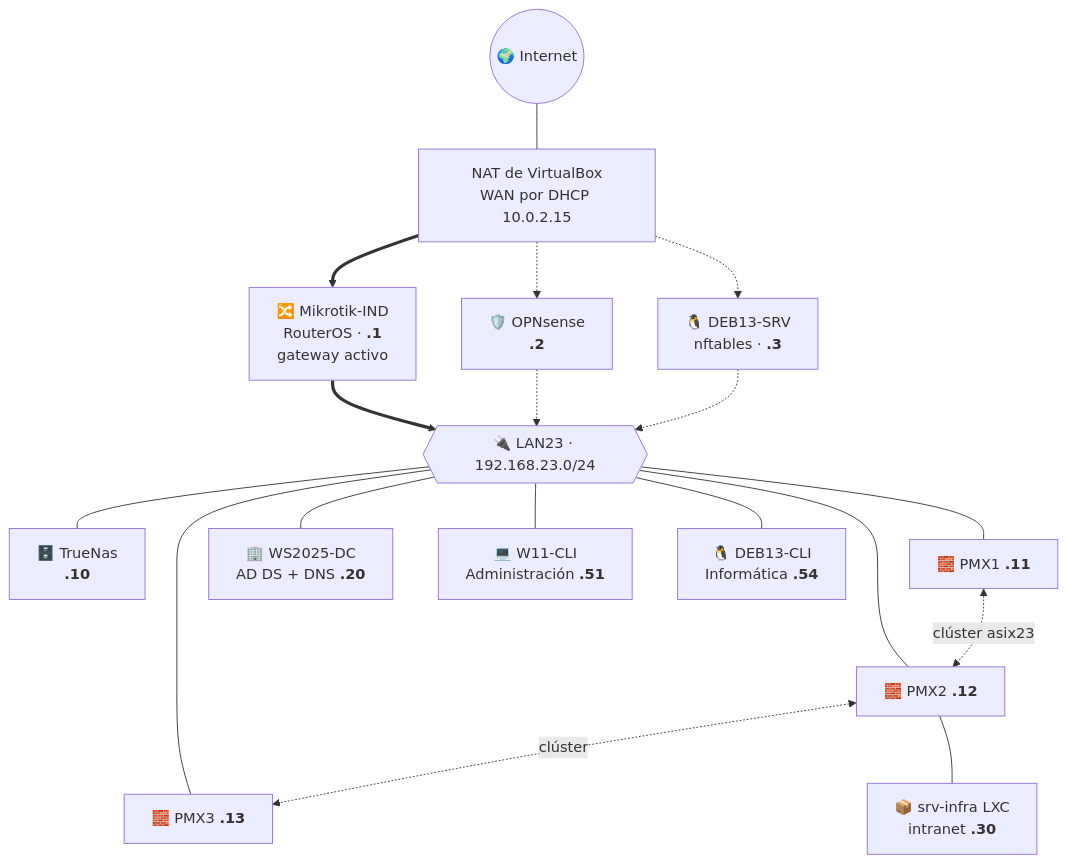
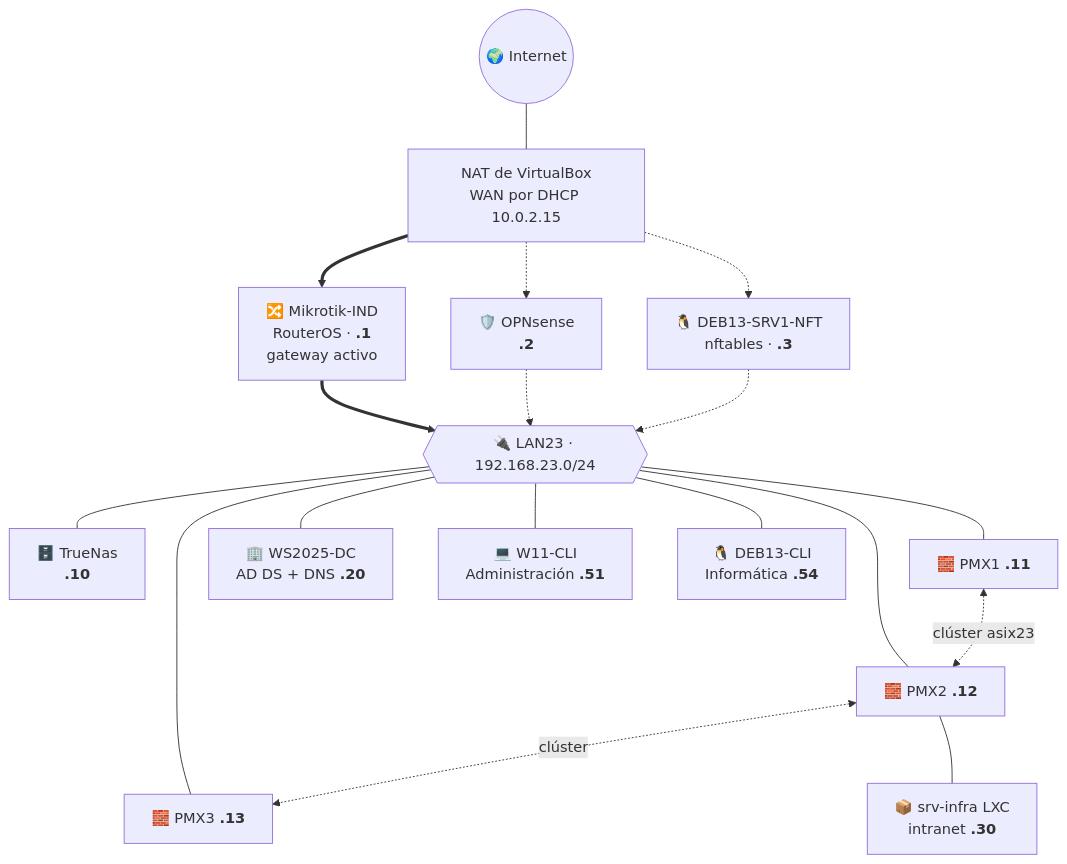
One commit to ethan3232/iso-naix-un-sistema-individual changed the diagram in README.md. Above: the diagram before and after it, drawn with Mermaid. The commit also changed other lines of this file and 10 other files, not shown here.

Commit message:
Plan de contingencia con tiempos reales; DEB13-SRV pasa a DEB13-SRV1-NFT y nuevas DEB13-SRV2/SRV3 en el direccionamiento

````diff
--- a/README.md
+++ b/README.md
@@ -41,20 +41,20 @@
 ```mermaid
 flowchart TB
     INET((🌍 Internet)) --- NAT[NAT de VirtualBox<br/>WAN por DHCP 10.0.2.15]
     NAT ==> MK[🔀 Mikrotik-IND<br/>RouterOS · <b>.1</b><br/>gateway activo]
     NAT -.-> OPN[🛡️ OPNsense<br/><b>.2</b>]
-    NAT -.-> DEB[🐧 DEB13-SRV<br/>nftables · <b>.3</b>]
+    NAT -.-> DEB[🐧 DEB13-SRV1-NFT<br/>nftables · <b>.3</b>]
     MK ==> SW{{"🔌 LAN23 · 192.168.23.0/24"}}
     OPN -.-> SW
     DEB -.-> SW
     SW --- NAS[🗄️ TrueNas<br/><b>.10</b>]
     SW --- PVE1[🧱 PMX1 <b>.11</b>]
     SW --- PVE2[🧱 PMX2 <b>.12</b>]
     SW --- PVE3[🧱 PMX3 <b>.13</b>]
     PVE1 <-. clúster asix23 .-> PVE2
     PVE2 <-. clúster .-> PVE3
     PVE2 --- CT[📦 srv-infra LXC<br/>intranet <b>.30</b>]
     SW --- DC[🏢 WS2025-DC<br/>AD DS + DNS <b>.20</b>]
     SW --- C1[💻 W11-CLI<br/>Administración <b>.51</b>]
     SW --- C2[🐧 DEB13-CLI<br/>Informática <b>.54</b>]
 ```
````
